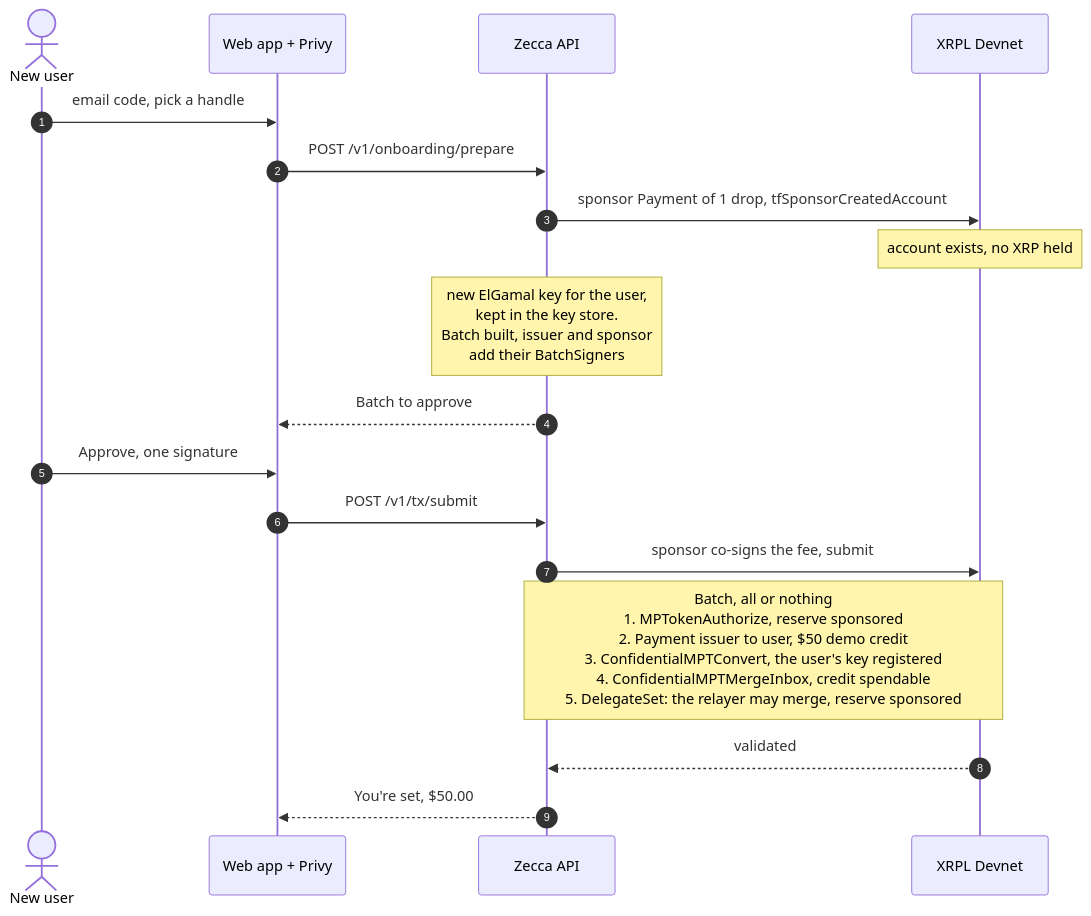
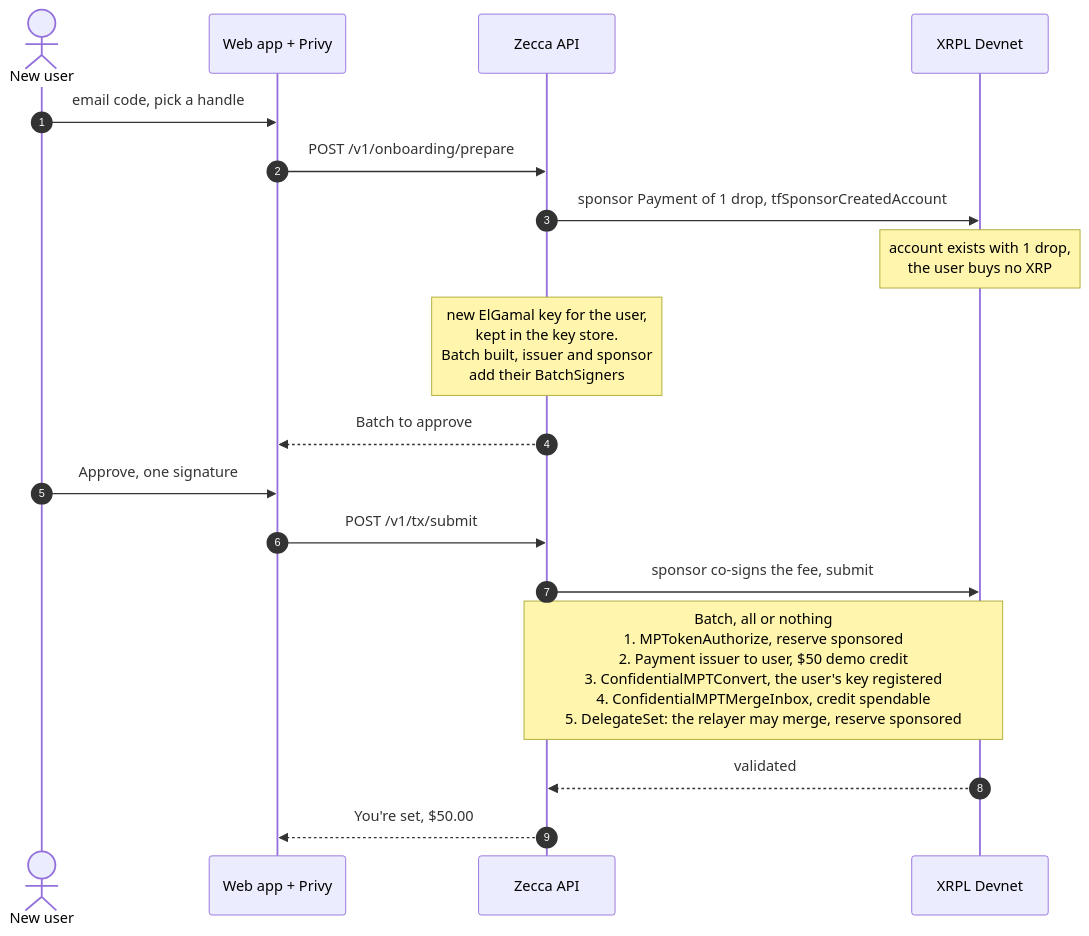
Before and after one commit to FehlmannDy/Zecca: the third of 6 diagrams in README.md, drawn with Mermaid. The commit also changed other lines of this file and 1 other file, not shown here.

Commit message:
docs: MoonPay XRP fallback from the EU/EEA, readable architecture diagram with its own pool store, sign-up and pay page labels match the code

````diff
--- a/README.md
+++ b/README.md
@@ -129,21 +122,21 @@
 ```mermaid
 sequenceDiagram
   autonumber
   actor U as New user
   participant W as Web app + Privy
   participant API as Zecca API
   participant L as XRPL Devnet
 
   U->>W: email code, pick a handle
   W->>API: POST /v1/onboarding/prepare
   API->>L: sponsor Payment of 1 drop, tfSponsorCreatedAccount
-  Note over L: account exists, no XRP held
+  Note over L: account exists with 1 drop,<br/>the user buys no XRP
   Note over API: new ElGamal key for the user,<br/>kept in the key store.<br/>Batch built, issuer and sponsor<br/>add their BatchSigners
   API-->>W: Batch to approve
   U->>W: Approve, one signature
   W->>API: POST /v1/tx/submit
   API->>L: sponsor co-signs the fee, submit
   Note over API,L: Batch, all or nothing<br/>1. MPTokenAuthorize, reserve sponsored<br/>2. Payment issuer to user, $50 demo credit<br/>3. ConfidentialMPTConvert, the user's key registered<br/>4. ConfidentialMPTMergeInbox, credit spendable<br/>5. DelegateSet: the relayer may merge, reserve sponsored
   L-->>API: validated
   API-->>W: You're set, $50.00
 ```
````
